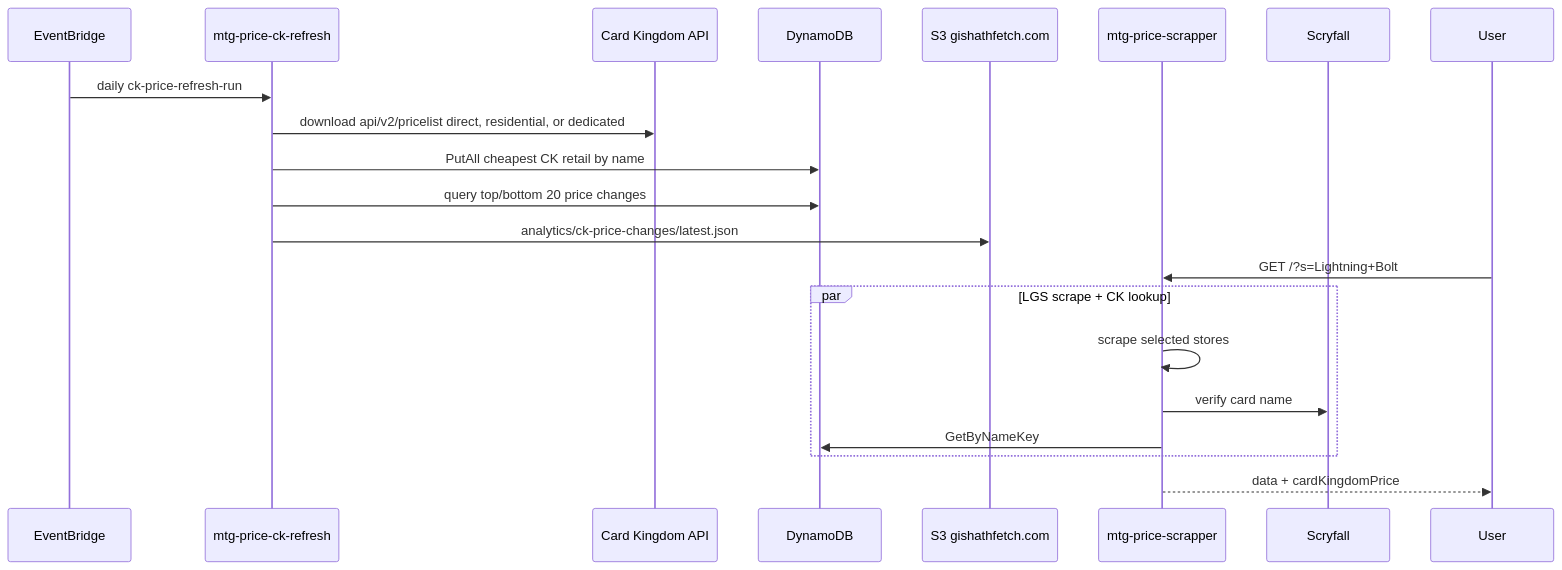
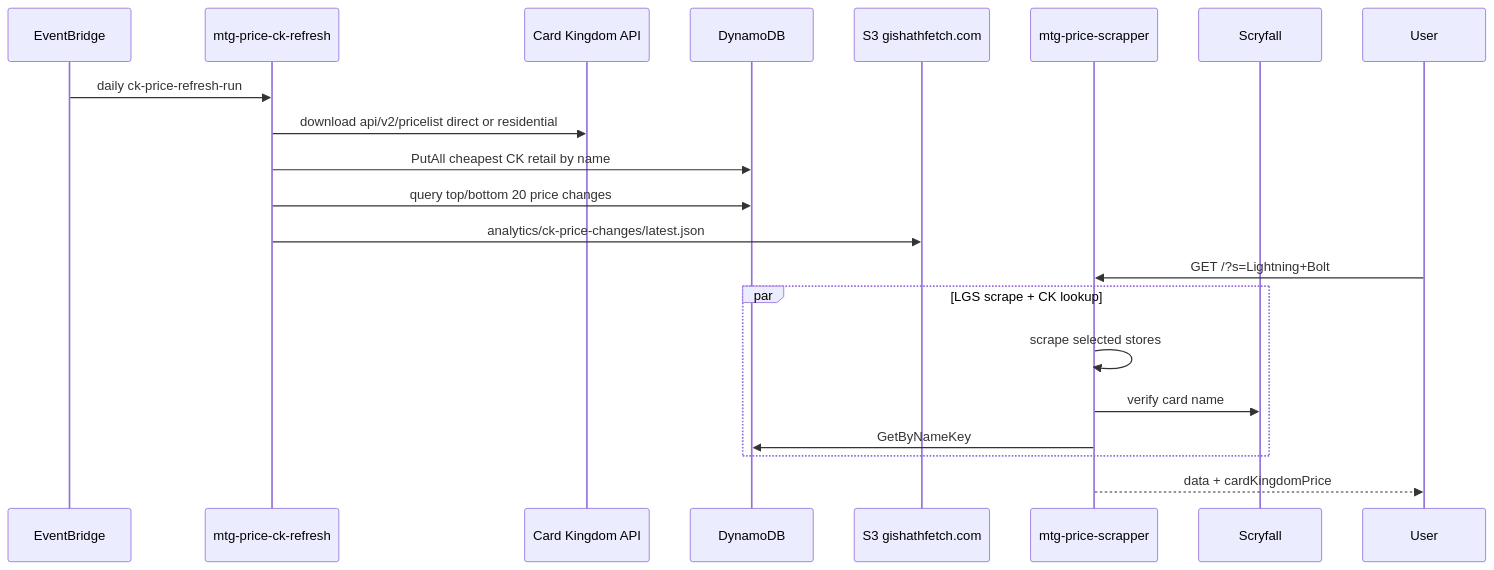
Before and after one commit to xenodus/gishathfetch: the third of 3 diagrams in docs/architecture.md, drawn with Mermaid. The commit also changed other lines of this file and 3 other files, not shown here.

````diff
--- a/docs/architecture.md
+++ b/docs/architecture.md
@@ -218,24 +217,24 @@
 ```mermaid
 sequenceDiagram
     participant EB as EventBridge
     participant R as mtg-price-ck-refresh
     participant CK as Card Kingdom API
     participant D as DynamoDB
     participant S3 as S3 gishathfetch.com
     participant S as mtg-price-scrapper
     participant SF as Scryfall
     participant U as User
 
     EB->>R: daily ck-price-refresh-run
-    R->>CK: download api/v2/pricelist direct, residential, or dedicated
+    R->>CK: download api/v2/pricelist direct or residential
     R->>D: PutAll cheapest CK retail by name
     R->>D: query top/bottom 20 price changes
     R->>S3: analytics/ck-price-changes/latest.json
     U->>S: GET /?s=Lightning+Bolt
     par LGS scrape + CK lookup
         S->>S: scrape selected stores
         S->>SF: verify card name
         S->>D: GetByNameKey
     end
     S-->>U: data + cardKingdomPrice
 ```
````
